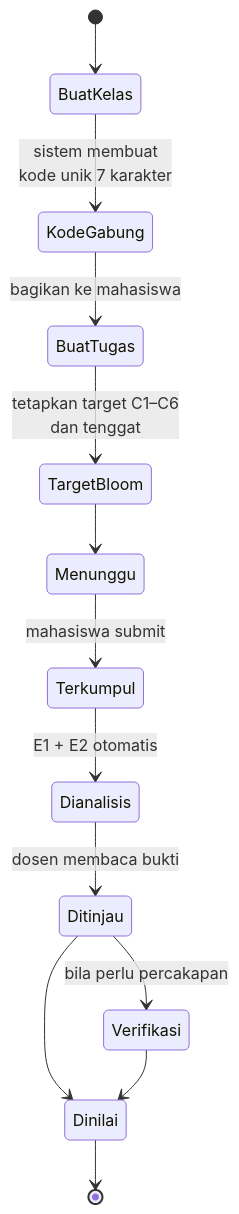
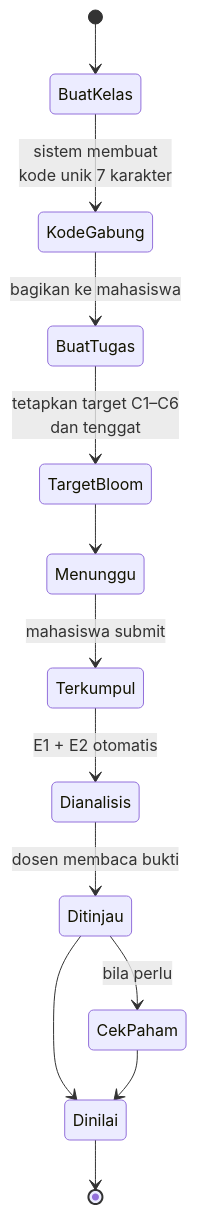
The fifth of 5 diagrams in diagram/02-alur-dosen.md (FadhRach/ThinkPath), drawn with Mermaid before and after one commit. The commit also changed other lines of this file and 23 other files, not shown here.

First line of the commit message:
docs: Cek Paham di README dan diagram, protokol evaluasi di ai_experiment

````diff
--- a/diagram/02-alur-dosen.md
+++ b/diagram/02-alur-dosen.md
@@ -141,15 +139,15 @@
 ```mermaid
 stateDiagram-v2
     [*] --> BuatKelas
     BuatKelas --> KodeGabung: sistem membuat<br/>kode unik 7 karakter
     KodeGabung --> BuatTugas: bagikan ke mahasiswa
     BuatTugas --> TargetBloom: tetapkan target C1–C6<br/>dan tenggat
     TargetBloom --> Menunggu
     Menunggu --> Terkumpul: mahasiswa submit
     Terkumpul --> Dianalisis: E1 + E2 otomatis
     Dianalisis --> Ditinjau: dosen membaca bukti
     Ditinjau --> Dinilai
-    Ditinjau --> Verifikasi: bila perlu percakapan
-    Verifikasi --> Dinilai
+    Ditinjau --> CekPaham: bila perlu
+    CekPaham --> Dinilai
     Dinilai --> [*]
 ```
````
